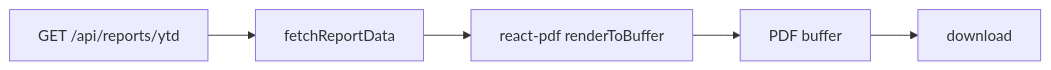
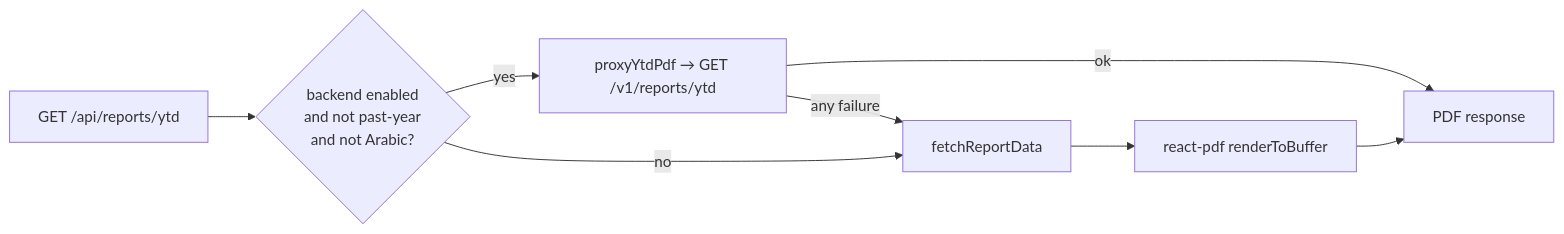
The diagram in content/features/reports.mdx (Saken-Community-Management/saken-docs), drawn with Mermaid before and after one commit. The commit also changed other lines of this file and 39 other files, not shown here.

````diff
--- a/content/features/reports.mdx
+++ b/content/features/reports.mdx
@@ -42,6 +47,10 @@
 ```mermaid
 flowchart LR
-    Req[GET /api/reports/ytd] --> Data[fetchReportData]
+    Req[GET /api/reports/ytd] --> BE{backend enabled<br/>and not past-year<br/>and not Arabic?}
+    BE -- yes --> Proxy[proxyYtdPdf → GET /v1/reports/ytd]
+    Proxy -- ok --> Out[PDF response]
+    Proxy -- any failure --> Data
+    BE -- no --> Data[fetchReportData]
     Data --> RPDF[react-pdf renderToBuffer]
-    RPDF --> Buf[PDF buffer] --> DL[download]
+    RPDF --> Out
 ```
````
